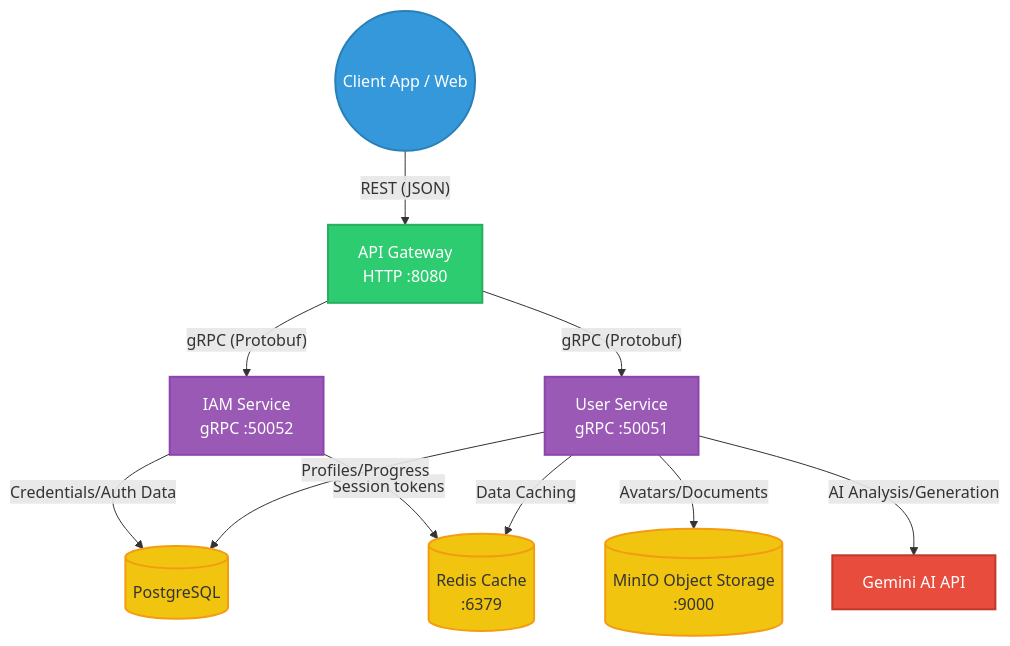
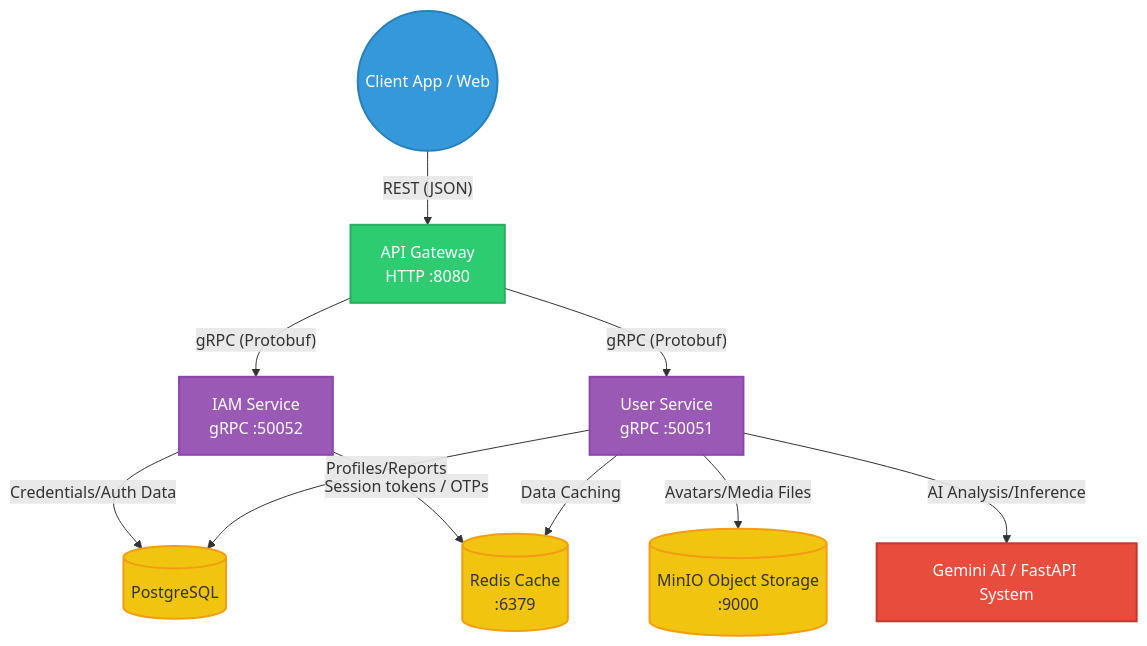
One commit to Ichibu013/E-VEDA changed the diagram in Backend/README.md. Above: the diagram before and after it, drawn with Mermaid. The commit also changed other lines of this file and 1 other file, not shown here.

````diff
--- a/Backend/README.md
+++ b/Backend/README.md
@@ -11,36 +11,36 @@
 ```mermaid
 graph TD
     %% Define Styles
     classDef client fill:#3498db,stroke:#2980b9,stroke-width:2px,color:#fff;
     classDef gateway fill:#2ecc71,stroke:#27ae60,stroke-width:2px,color:#fff;
     classDef service fill:#9b59b6,stroke:#8e44ad,stroke-width:2px,color:#fff;
     classDef storage fill:#f1c40f,stroke:#f39c12,stroke-width:2px,color:#333;
     classDef external fill:#e74c3c,stroke:#c0392b,stroke-width:2px,color:#fff;
 
     %% Nodes
     Client((Client App / Web)):::client
     API_GW[API Gateway<br/>HTTP :8080]:::gateway
 
     IAM[IAM Service<br/>gRPC :50052]:::service
     USER[User Service<br/>gRPC :50051]:::service
 
     DB[(PostgreSQL)]:::storage
     REDIS[(Redis Cache<br/>:6379)]:::storage
     MINIO[(MinIO Object Storage<br/>:9000)]:::storage
 
-    GEMINI[Gemini AI API]:::external
+    GEMINI[Gemini AI / FastAPI System]:::external
 
     %% Connections
     Client -- "REST (JSON)" --> API_GW
 
     API_GW -- "gRPC (Protobuf)" --> IAM
     API_GW -- "gRPC (Protobuf)" --> USER
 
     IAM -- "Credentials/Auth Data" --> DB
-    IAM -- "Session tokens" --> REDIS
+    IAM -- "Session tokens / OTPs" --> REDIS
 
-    USER -- "Profiles/Progress" --> DB
+    USER -- "Profiles/Reports" --> DB
     USER -- "Data Caching" --> REDIS
-    USER -- "Avatars/Documents" --> MINIO
-    USER -- "AI Analysis/Generation" --> GEMINI
+    USER -- "Avatars/Media Files" --> MINIO
+    USER -- "AI Analysis/Inference" --> GEMINI
 ```
````
